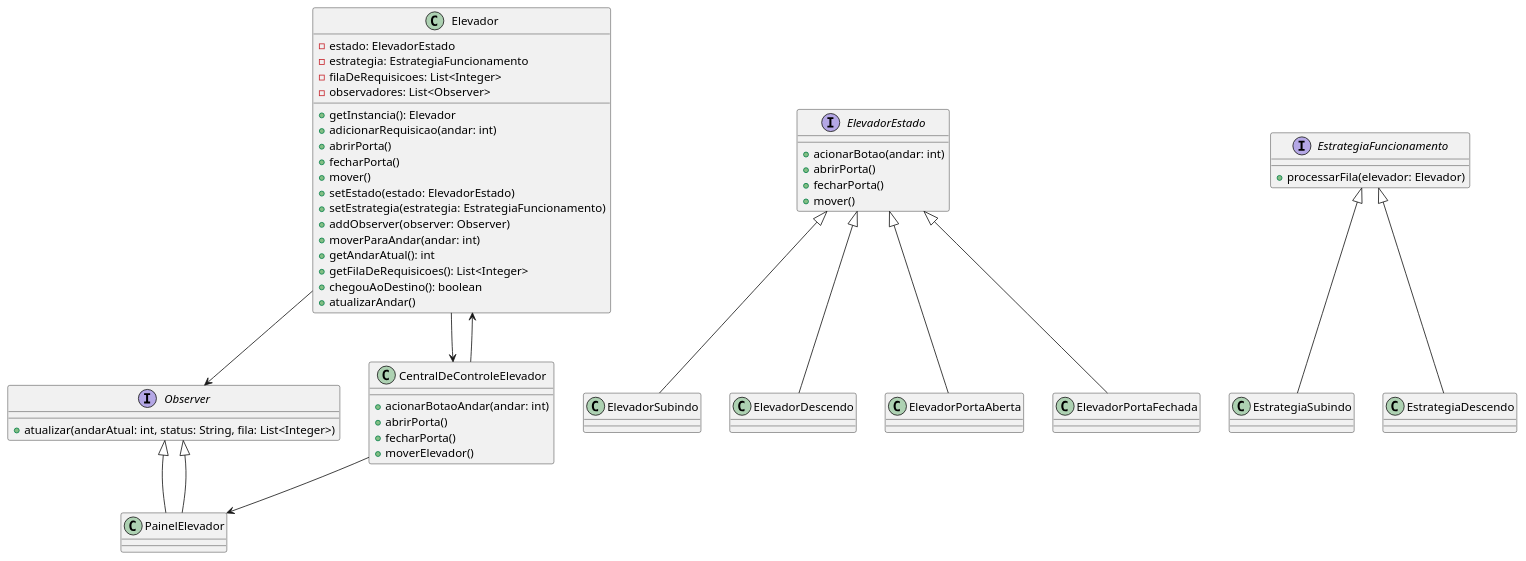
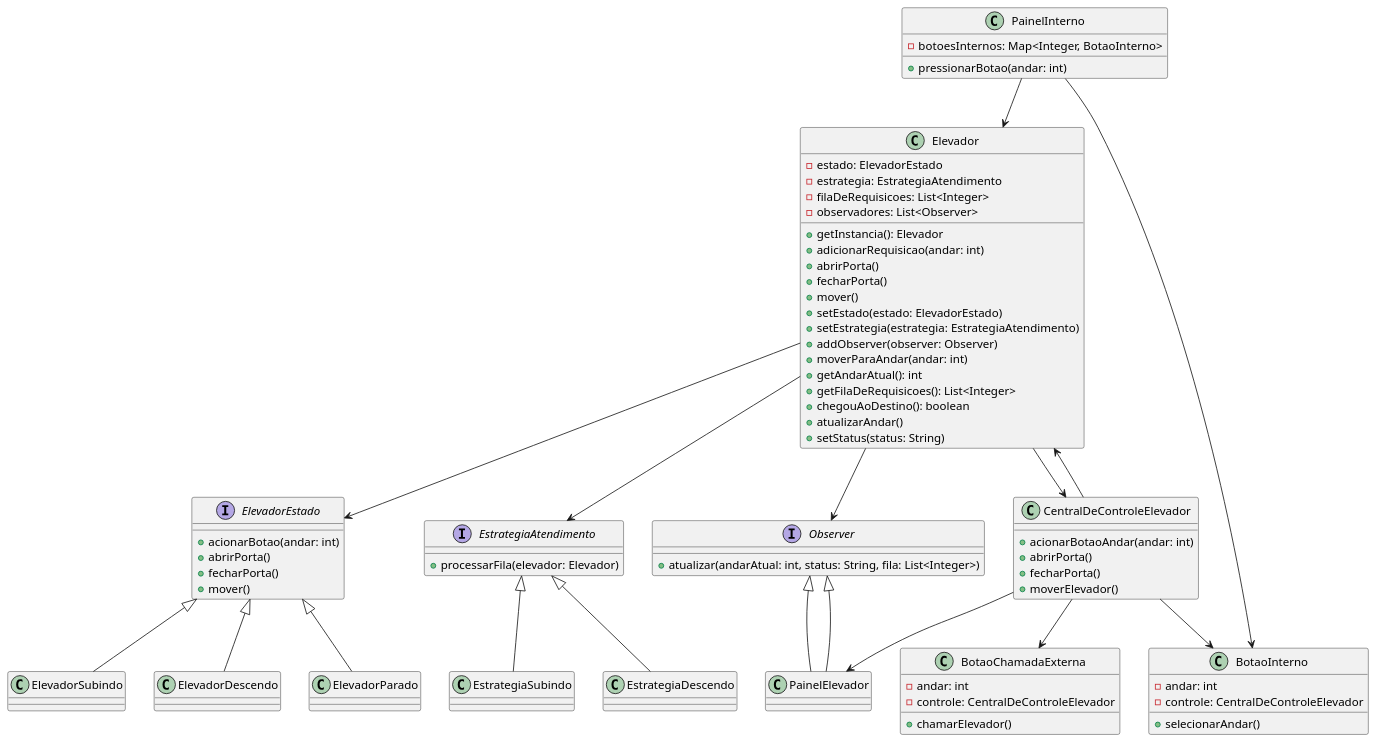
Before and after one commit to marcelakramer/designpatterns: the diagram in colaborativa_03/src/main/diagrams/diagram.plantuml, drawn with PlantUML.

Commit message:
refactor: new diagram

```diff
--- a/colaborativa_03/src/main/diagrams/diagram.plantuml
+++ b/colaborativa_03/src/main/diagrams/diagram.plantuml
@@ -1,59 +1,82 @@
 @startuml
 class Elevador {
     - estado: ElevadorEstado
-    - estrategia: EstrategiaFuncionamento
+    - estrategia: EstrategiaAtendimento
     - filaDeRequisicoes: List<Integer>
     - observadores: List<Observer>
     + getInstancia(): Elevador
     + adicionarRequisicao(andar: int)
     + abrirPorta()
     + fecharPorta()
     + mover()
     + setEstado(estado: ElevadorEstado)
-    + setEstrategia(estrategia: EstrategiaFuncionamento)
+    + setEstrategia(estrategia: EstrategiaAtendimento)
     + addObserver(observer: Observer)
     + moverParaAndar(andar: int)
     + getAndarAtual(): int
     + getFilaDeRequisicoes(): List<Integer>
     + chegouAoDestino(): boolean
     + atualizarAndar()
+    + setStatus(status: String)
 }
 
 interface ElevadorEstado {
     + acionarBotao(andar: int)
     + abrirPorta()
     + fecharPorta()
     + mover()
 }
 
 ElevadorEstado <|-- ElevadorSubindo
 ElevadorEstado <|-- ElevadorDescendo
-ElevadorEstado <|-- ElevadorPortaAberta
-ElevadorEstado <|-- ElevadorPortaFechada
+ElevadorEstado <|-- ElevadorParado
 
-interface EstrategiaFuncionamento {
+interface EstrategiaAtendimento {
     + processarFila(elevador: Elevador)
 }
 
-EstrategiaFuncionamento <|-- EstrategiaSubindo
-EstrategiaFuncionamento <|-- EstrategiaDescendo
+EstrategiaAtendimento <|-- EstrategiaSubindo
+EstrategiaAtendimento <|-- EstrategiaDescendo
 
 interface Observer {
     + atualizar(andarAtual: int, status: String, fila: List<Integer>)
 }
 
 Observer <|-- PainelElevador
+
+class BotaoChamadaExterna {
+    - andar: int
+    - controle: CentralDeControleElevador
+    + chamarElevador()
+}
+
+class BotaoInterno {
+    - andar: int
+    - controle: CentralDeControleElevador
+    + selecionarAndar()
+}
+
+class PainelInterno {
+    - botoesInternos: Map<Integer, BotaoInterno>
+    + pressionarBotao(andar: int)
+}
 
 class CentralDeControleElevador {
     + acionarBotaoAndar(andar: int)
     + abrirPorta()
     + fecharPorta()
     + moverElevador()
 }
 
 Elevador --> Observer
+Elevador --> ElevadorEstado
+Elevador --> EstrategiaAtendimento
 Observer <|-- PainelElevador
 Elevador --> CentralDeControleElevador
 CentralDeControleElevador --> PainelElevador
 CentralDeControleElevador --> Elevador
+CentralDeControleElevador --> BotaoChamadaExterna
+CentralDeControleElevador --> BotaoInterno
+PainelInterno --> BotaoInterno
+PainelInterno --> Elevador
 @enduml
```
